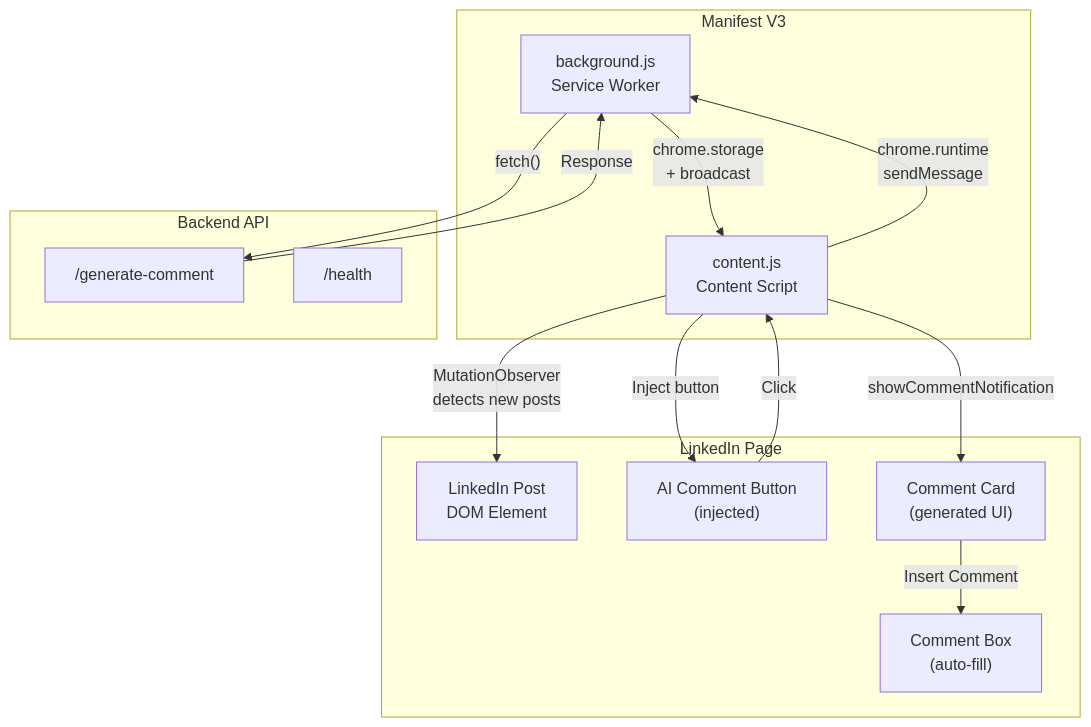
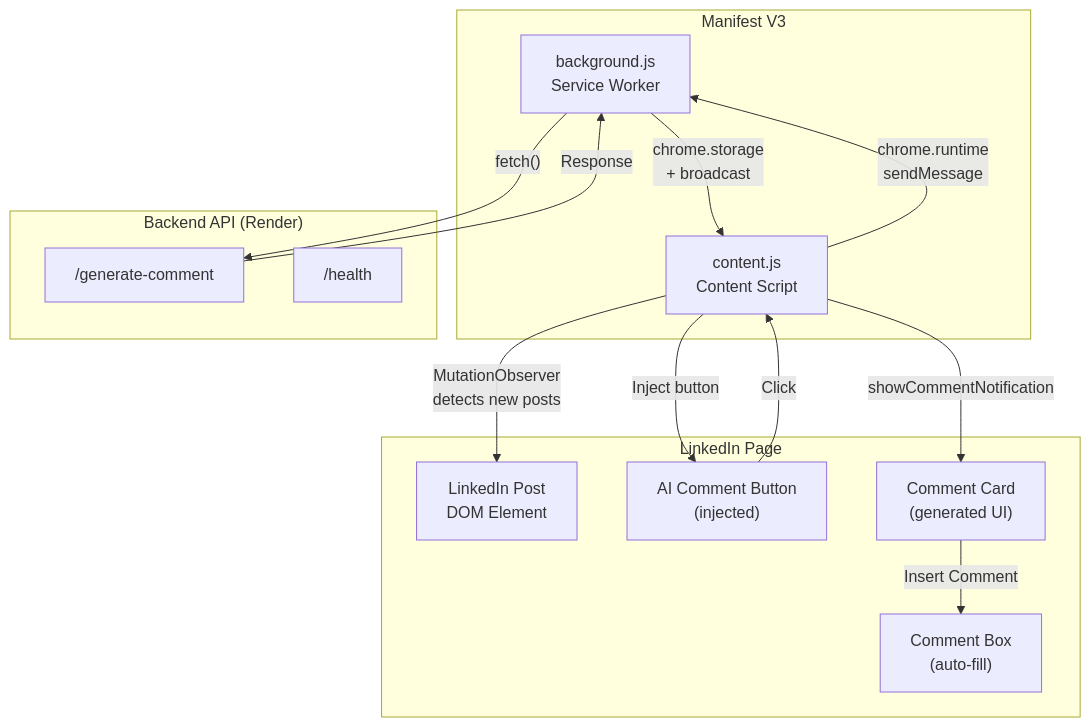
One commit to himanshu231204/linkedin-ai-comment-copilot changed the ninth of 10 diagrams in doc/ARCHITECTURE.md. Above: the diagram before and after it, drawn with Mermaid. The commit also changed other lines of this file and 4 other files, not shown here.

````diff
--- a/doc/ARCHITECTURE.md
+++ b/doc/ARCHITECTURE.md
@@ -311,29 +354,29 @@
 ```mermaid
 graph TD
     subgraph "Manifest V3"
         BG["background.js<br/>Service Worker"]
         CTX["content.js<br/>Content Script"]
     end
 
     subgraph "LinkedIn Page"
         POST["LinkedIn Post<br/>DOM Element"]
         BTN["AI Comment Button<br/>(injected)"]
         CARD["Comment Card<br/>(generated UI)"]
         INPUT["Comment Box<br/>(auto-fill)"]
     end
 
-    subgraph "Backend API"
+    subgraph "Backend API (Render)"
         GEN["/generate-comment"]
         HEALTH["/health"]
     end
 
     CTX -->|"MutationObserver<br/>detects new posts"| POST
     CTX -->|"Inject button"| BTN
     BTN -->|"Click"| CTX
     CTX -->|"chrome.runtime<br/>sendMessage"| BG
     BG -->|"fetch()"| GEN
     GEN -->|"Response"| BG
     BG -->|"chrome.storage<br/>+ broadcast"| CTX
     CTX -->|"showCommentNotification"| CARD
     CARD -->|"Insert Comment"| INPUT
 ```
````
